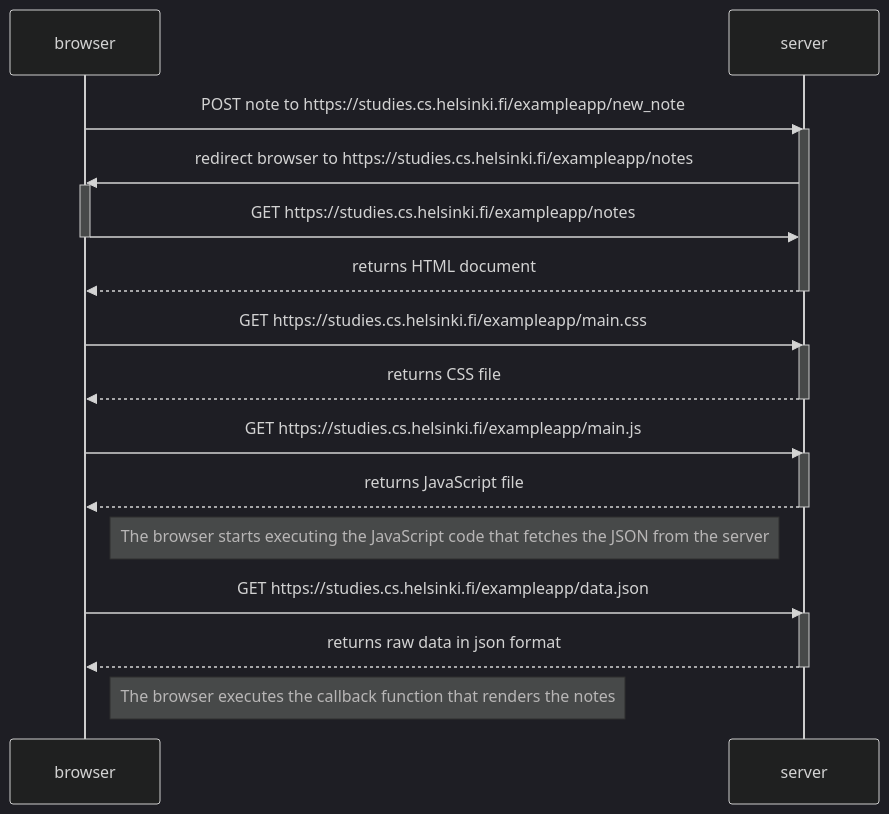
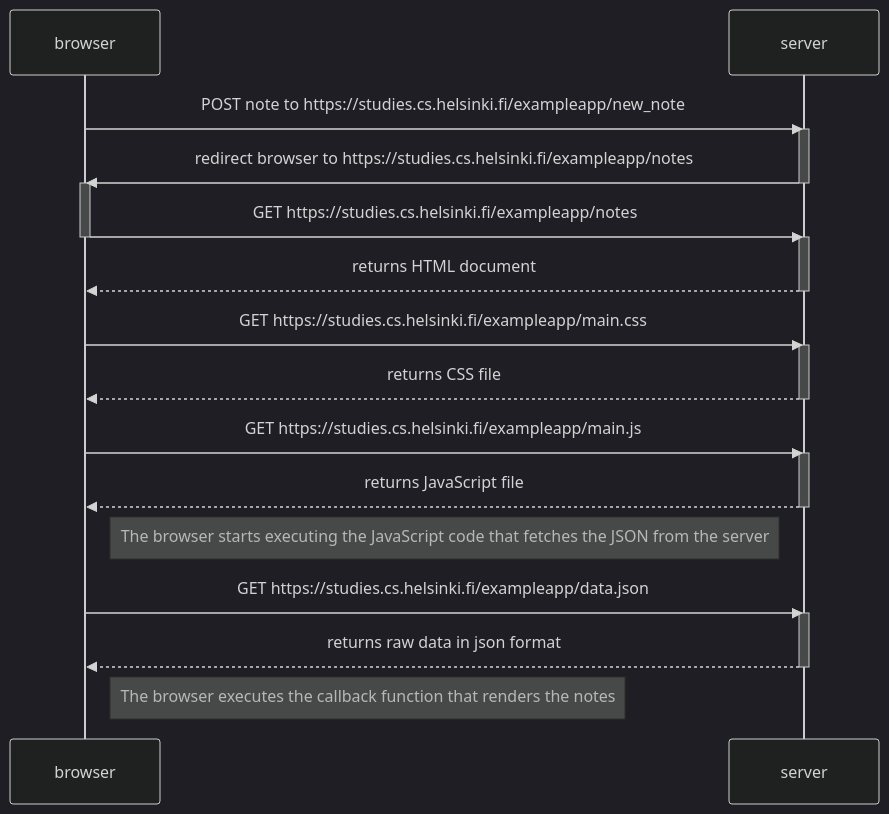
The diagram in README.md (madman21345/fso-part0), drawn with Mermaid (dark theme) before and after one commit.

````diff
--- a/README.md
+++ b/README.md
@@ -3,34 +3,36 @@
 ```mermaid
 sequenceDiagram;
     participant browser;
     participant server;
 
     browser->>server: POST note to https://studies.cs.helsinki.fi/exampleapp/new_note;
     activate server;
     server->>browser: redirect browser to https://studies.cs.helsinki.fi/exampleapp/notes;
+    deactivate server;
     activate browser;
 
     browser->>server: GET https://studies.cs.helsinki.fi/exampleapp/notes;
-    deactivate browser
+    deactivate browser;
+    activate server;
     server-->>browser: returns HTML document;
     deactivate server;
 
     browser->>server: GET https://studies.cs.helsinki.fi/exampleapp/main.css;
     activate server;
     server-->>browser: returns CSS file;
     deactivate server;
 
     browser->>server: GET https://studies.cs.helsinki.fi/exampleapp/main.js;
     activate server;
     server-->>browser: returns JavaScript file;
     deactivate server;
 
     Note right of browser: The browser starts executing the JavaScript code that fetches the JSON from the server;
 
     browser->>server: GET https://studies.cs.helsinki.fi/exampleapp/data.json;
     activate server;
     server-->>browser: returns raw data in json format;
     deactivate server;
 
     Note right of browser: The browser executes the callback function that renders the notes;
 ```
````
